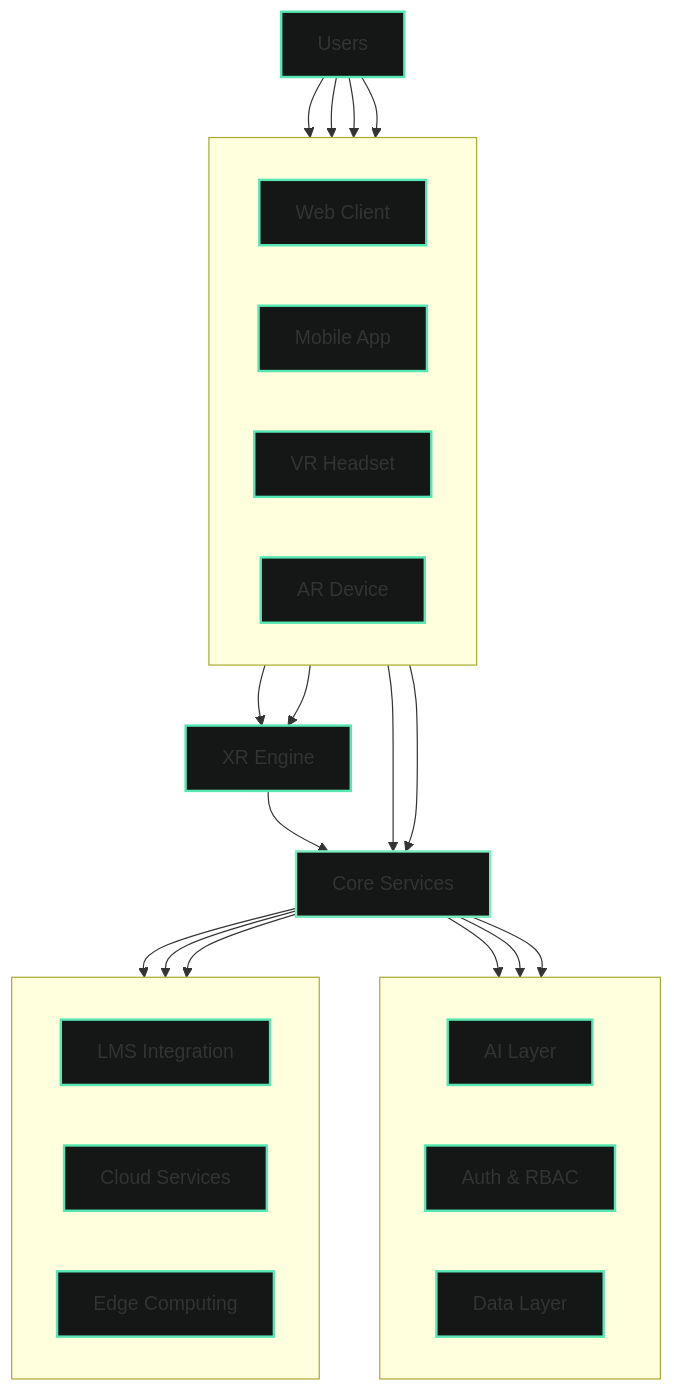
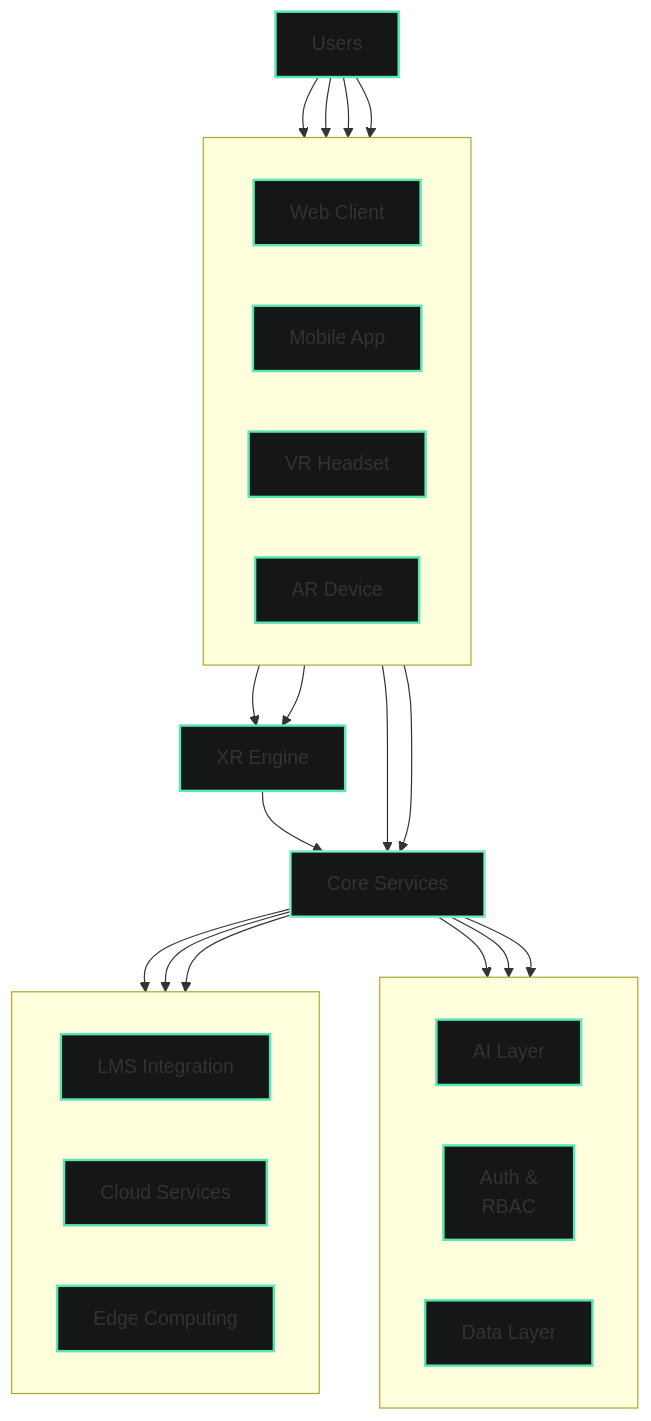
One commit to ivmarch/geniverse-docs changed the diagram in docs/overview.md. Above: the diagram before and after it, drawn with Mermaid. The commit also changed 5 other files, not shown here.

````diff
--- a/docs/overview.md
+++ b/docs/overview.md
@@ -19,61 +19,61 @@
 ```mermaid
 graph TB
     User[Users]
     
     subgraph UI[" "]
         direction LR
         Web[Web Client]
         Mobile[Mobile App]
         VR[VR Headset]
         AR[AR Device]
     end
     
     Core[Core Services]
     
     subgraph PlatformServices[" "]
         direction LR
         AI[AI Layer]
-        Auth[Auth & RBAC]
+        Auth["Auth &<br/>RBAC"]
         Data[Data Layer]
     end
     
     XR[XR Engine]
     
     subgraph External[" "]
         direction LR
         LMS[LMS Integration]
         Cloud[Cloud Services]
         Edge[Edge Computing]
     end
     
     User --> Web
     User --> Mobile
     User --> VR
     User --> AR
     
     Web --> Core
     Mobile --> Core
     VR --> XR
     AR --> XR
     
     XR --> Core
     Core --> AI
     Core --> Auth
     Core --> Data
     
     Core --> LMS
     Core --> Cloud
     Core --> Edge
     
     classDef userClass fill:#141716,stroke:#58E6B2,stroke-width:2px
     classDef uiClass fill:#141716,stroke:#58E6B2,stroke-width:2px
     classDef coreClass fill:#141716,stroke:#7CECBF,stroke-width:2px
     classDef platformClass fill:#141716,stroke:#58E6B2,stroke-width:2px
     classDef externalClass fill:#141716,stroke:#58E6B2,stroke-width:2px
     
     class User userClass
     class Web,Mobile,VR,AR uiClass
     class Core coreClass
     class AI,Auth,Data,XR platformClass
     class LMS,Cloud,Edge externalClass
 ```
````
